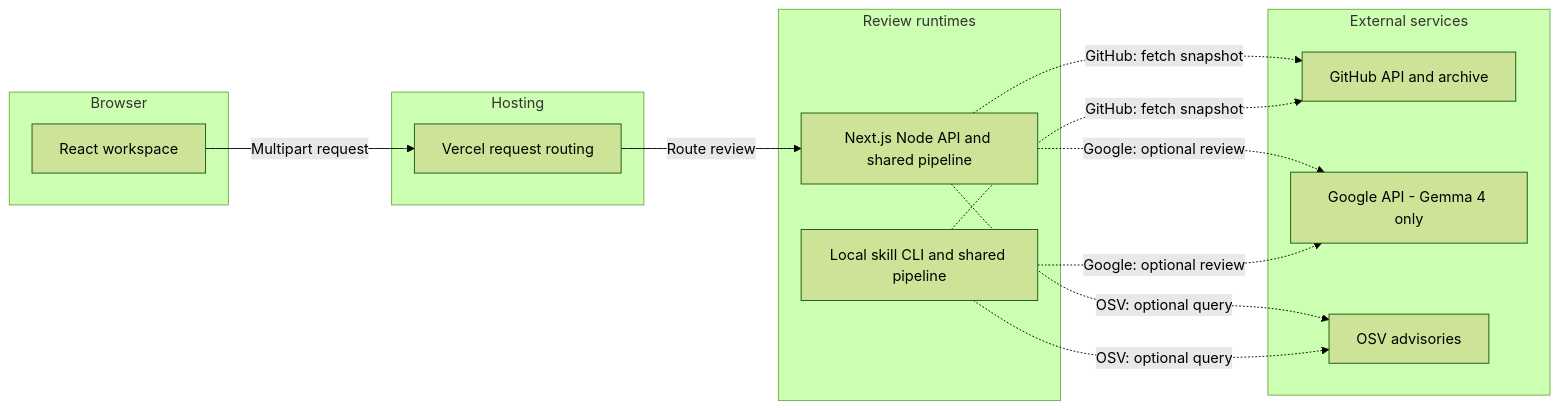
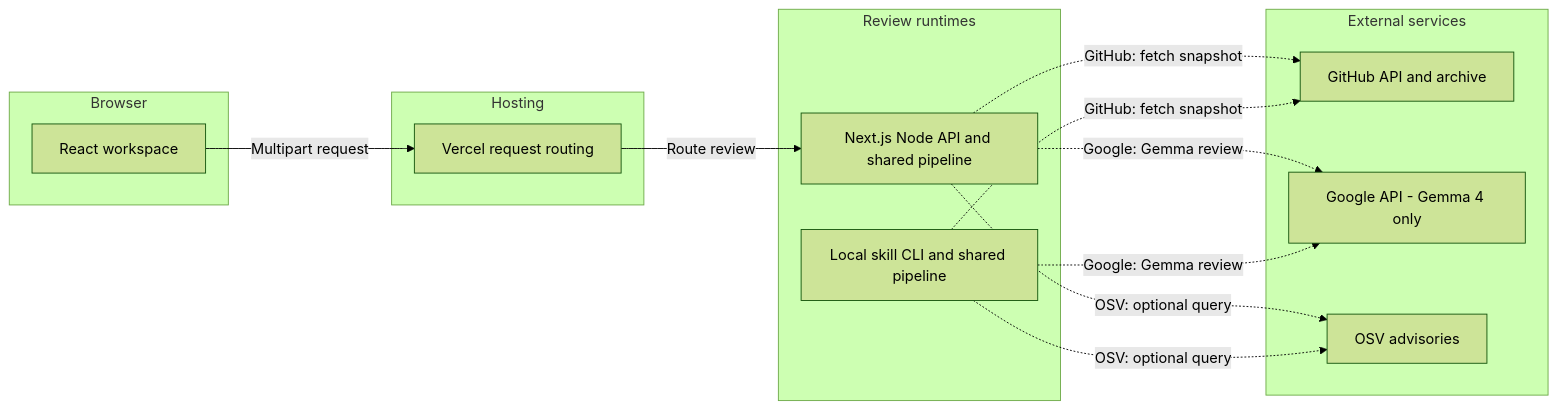
One commit to yatharthvishnoi08-max/buglens changed the diagram in docs/architecture.md. Above: the diagram before and after it, drawn with Mermaid (forest theme). The commit also changed other lines of this file and 37 other files, not shown here.

Commit message:
docs: present Gemma 4 review as the default AI workflow

````diff
--- a/docs/architecture.md
+++ b/docs/architecture.md
@@ -9,26 +9,26 @@
 ```mermaid
 flowchart LR
     subgraph client ["Browser"]
       browserUi["React workspace"]
     end
     subgraph gateway ["Hosting"]
       ingress["Vercel request routing"]
     end
     subgraph service ["Review runtimes"]
       apiRuntime["Next.js Node API and shared pipeline"]
       localCli["Local skill CLI and shared pipeline"]
     end
     subgraph external ["External services"]
       githubSource["GitHub API and archive"]
       googleModel["Google API - Gemma 4 only"]
       osvService["OSV advisories"]
     end
     browserUi -->|"Multipart request"| ingress
     ingress -->|"Route review"| apiRuntime
     apiRuntime -.->|"GitHub: fetch snapshot"| githubSource
-    apiRuntime -.->|"Google: optional review"| googleModel
+    apiRuntime -.->|"Google: Gemma review"| googleModel
     apiRuntime -.->|"OSV: optional query"| osvService
     localCli -.->|"GitHub: fetch snapshot"| githubSource
-    localCli -.->|"Google: optional review"| googleModel
+    localCli -.->|"Google: Gemma review"| googleModel
     localCli -.->|"OSV: optional query"| osvService
 ```
````
